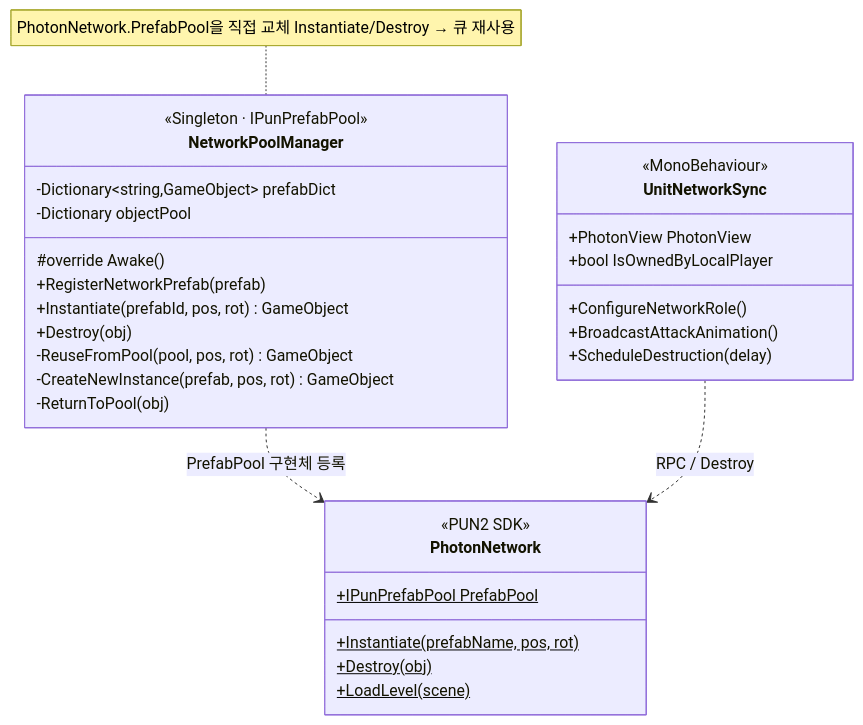
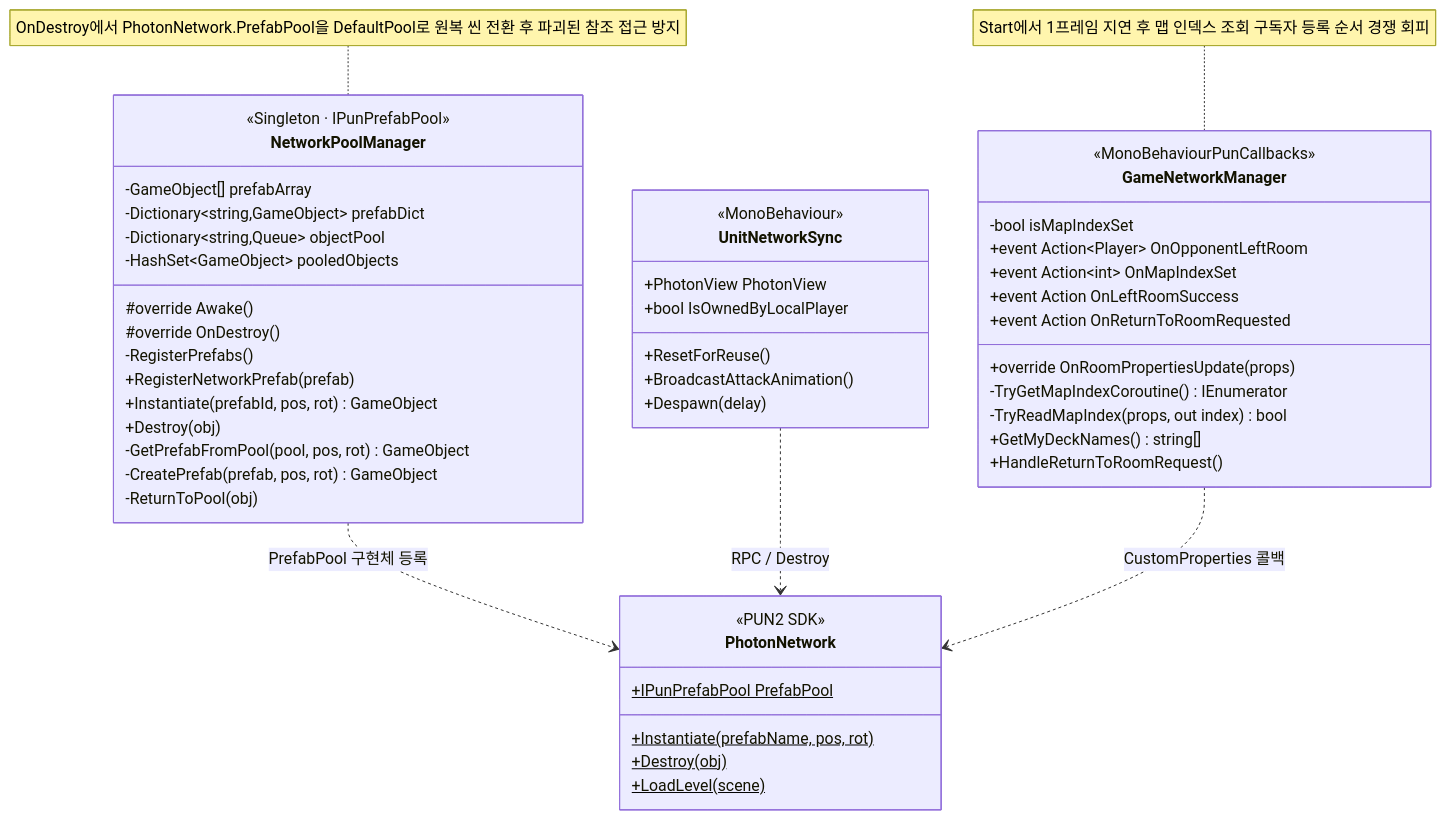
The eighth of 15 diagrams in Docs/ClassDiagram.md (dbwoaud/ElementalWar_portfolio), drawn with Mermaid before and after one commit. The commit also changed other lines of this file, not shown here.

````diff
--- a/Docs/ClassDiagram.md
+++ b/Docs/ClassDiagram.md
@@ -579,36 +641,56 @@
 ```mermaid
 classDiagram
     class NetworkPoolManager {
         <<Singleton · IPunPrefabPool>>
+        -GameObject[] prefabArray
         -Dictionary~string,GameObject~ prefabDict
-        -Dictionary objectPool
+        -Dictionary~string,Queue~ objectPool
+        -HashSet~GameObject~ pooledObjects
         #override Awake()
+        #override OnDestroy()
+        -RegisterPrefabs()
         +RegisterNetworkPrefab(prefab)
         +Instantiate(prefabId, pos, rot) GameObject
         +Destroy(obj)
-        -ReuseFromPool(pool, pos, rot) GameObject
-        -CreateNewInstance(prefab, pos, rot) GameObject
+        -GetPrefabFromPool(pool, pos, rot) GameObject
+        -CreatePrefab(prefab, pos, rot) GameObject
         -ReturnToPool(obj)
     }
-    note for NetworkPoolManager "PhotonNetwork.PrefabPool을 직접 교체 Instantiate/Destroy → 큐 재사용"
+    note for NetworkPoolManager "OnDestroy에서 PhotonNetwork.PrefabPool을 DefaultPool로 원복 씬 전환 후 파괴된 참조 접근 방지"
 
     class UnitNetworkSync {
         <<MonoBehaviour>>
         +PhotonView PhotonView
         +bool IsOwnedByLocalPlayer
-        +ConfigureNetworkRole()
+        +ResetForReuse()
         +BroadcastAttackAnimation()
-        +ScheduleDestruction(delay)
+        +Despawn(delay)
     }
+
+    class GameNetworkManager {
+        <<MonoBehaviourPunCallbacks>>
+        -bool isMapIndexSet
+        +event Action~Player~ OnOpponentLeftRoom
+        +event Action~int~ OnMapIndexSet
+        +event Action OnLeftRoomSuccess
+        +event Action OnReturnToRoomRequested
+        +override OnRoomPropertiesUpdate(props)
+        -TryGetMapIndexCoroutine() IEnumerator
+        -TryReadMapIndex(props, out index) bool
+        +GetMyDeckNames() string[]
+        +HandleReturnToRoomRequest()
+    }
+    note for GameNetworkManager "Start에서 1프레임 지연 후 맵 인덱스 조회 구독자 등록 순서 경쟁 회피"
 
     class PhotonNetwork {
         <<PUN2 SDK>>
         +IPunPrefabPool PrefabPool$
         +Instantiate(prefabName, pos, rot)$
         +Destroy(obj)$
         +LoadLevel(scene)$
     }
 
     NetworkPoolManager ..> PhotonNetwork : PrefabPool 구현체 등록
     UnitNetworkSync ..> PhotonNetwork : RPC / Destroy
+    GameNetworkManager ..> PhotonNetwork : CustomProperties 콜백
 ```
````
